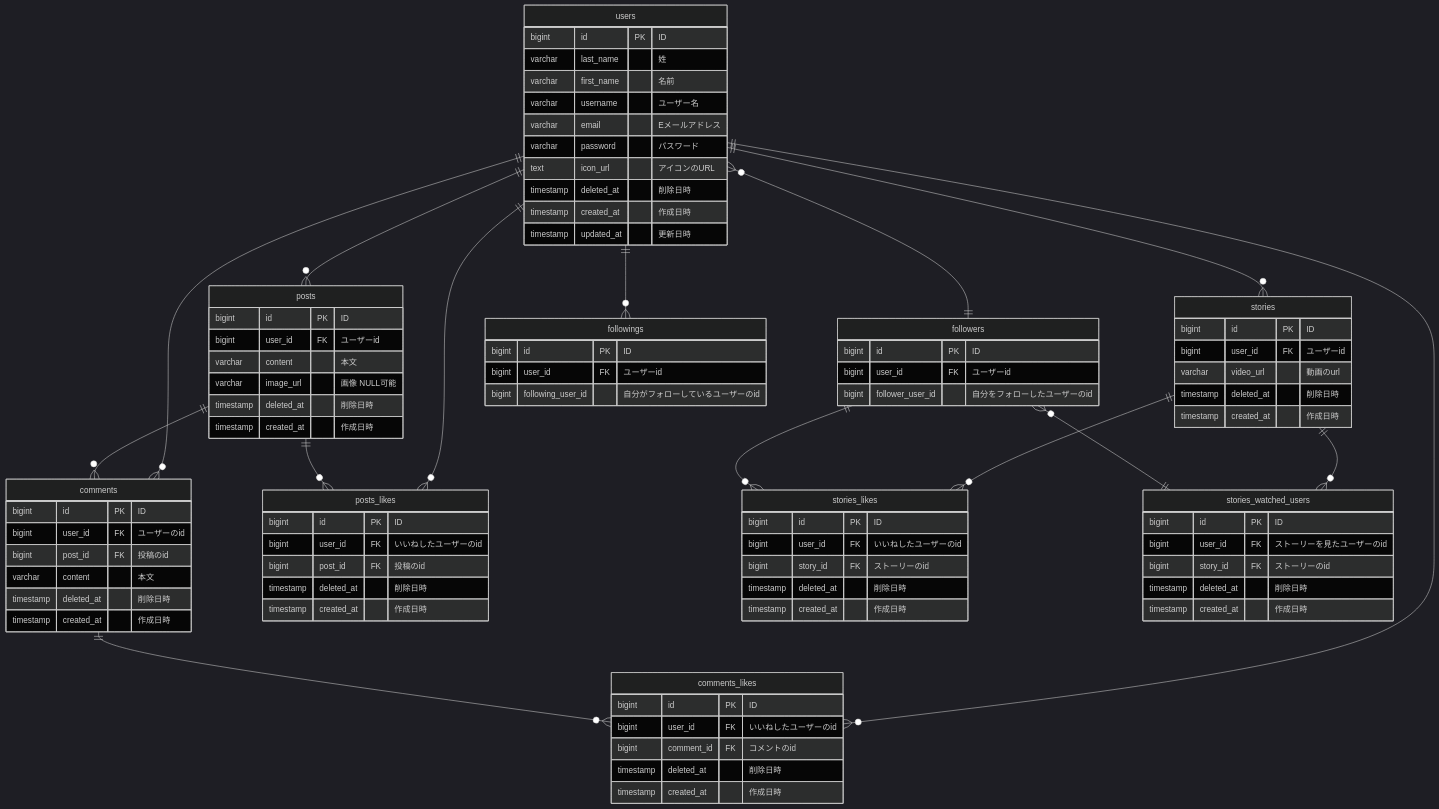
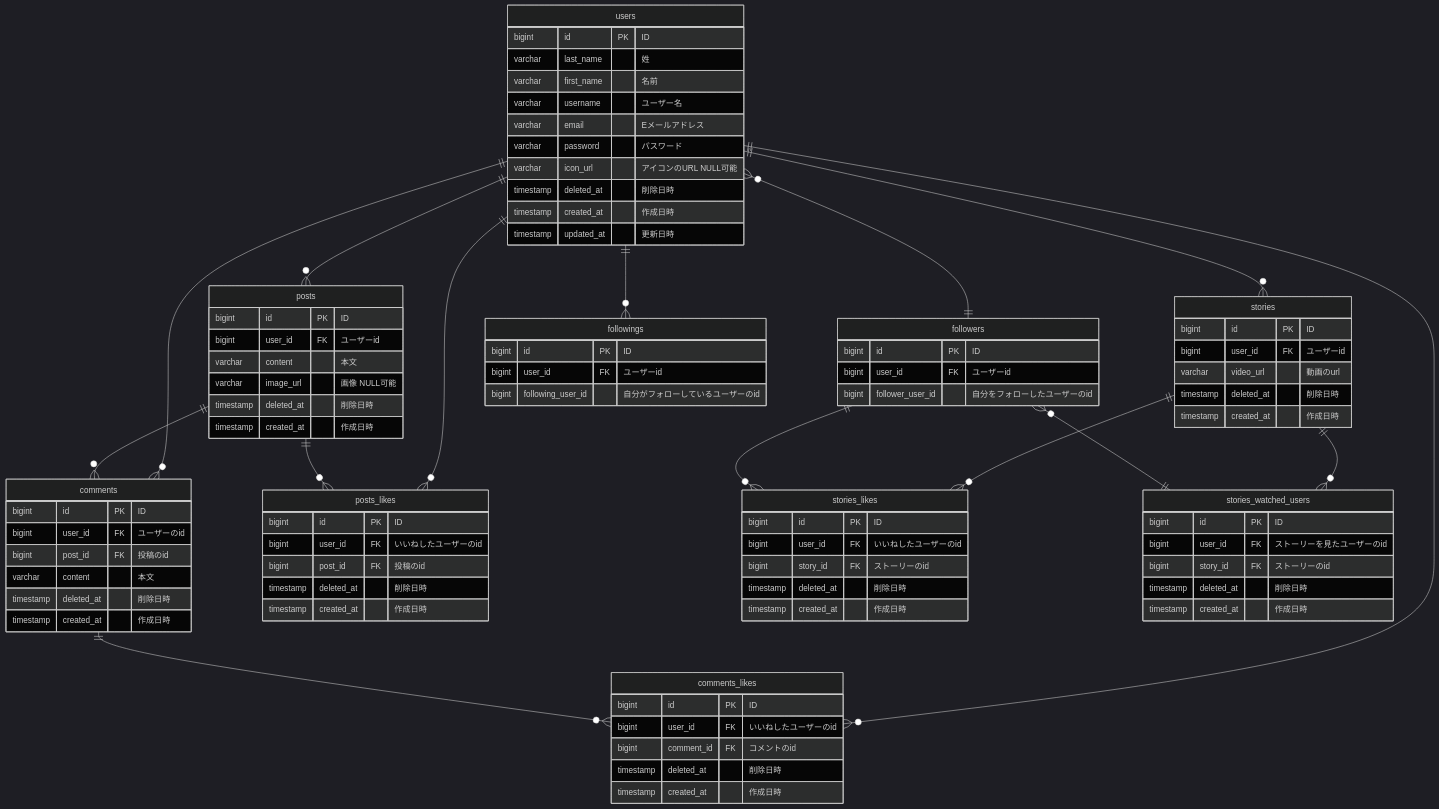
The diagram in kinoshita/pracitce-erd/ER図.md (StoryEdutech/study_repo), drawn with Mermaid (dark theme) before and after one commit.

Commit message:
textをvarcharにする

```diff
--- a/kinoshita/pracitce-erd/ER図.md
+++ b/kinoshita/pracitce-erd/ER図.md
@@ -26,7 +26,7 @@
       varchar username "ユーザー名"
       varchar email "Eメールアドレス"
       varchar password "パスワード"
-      text icon_url "アイコンのURL"
+      varchar icon_url "アイコンのURL NULL可能"
       timestamp deleted_at "削除日時"
       timestamp created_at "作成日時"
       timestamp updated_at "更新日時"
```
